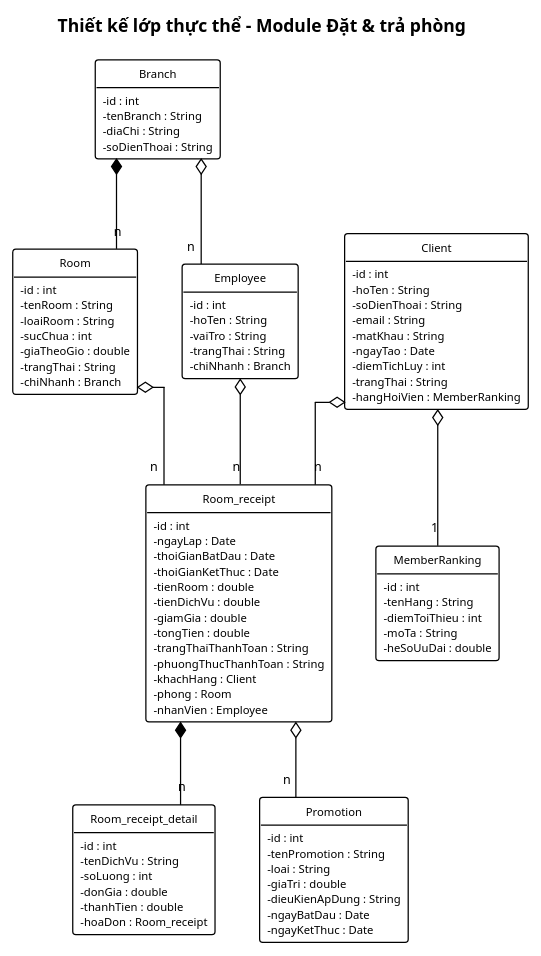
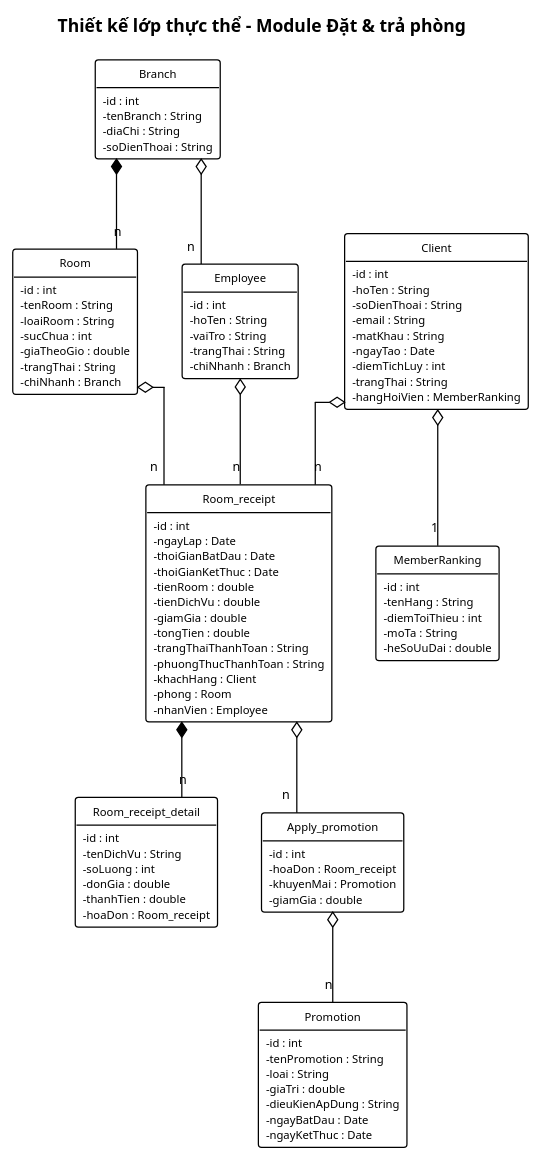
The diagram in docs/tabs/section-booking-iii.1.md (thanhtrnnn/cnpm), drawn with PlantUML before and after one commit. The commit also changed 3 other files, not shown here.

First line of the commit message:
fix: entity/MVC classes match Google Docs - Customer to Client, add Apply_promotion

````diff
--- a/docs/tabs/section-booking-iii.1.md
+++ b/docs/tabs/section-booking-iii.1.md
@@ -154,6 +154,13 @@
   -ngayKetThuc : Date
 }
 
+class Apply_promotion {
+  -id : int
+  -hoaDon : Room_receipt
+  -khuyenMai : Promotion
+  -giamGia : double
+}
+
 Branch *-- "n" Room
 Branch o-- "n" Employee
 Client o-- "1" MemberRanking
@@ -161,6 +168,7 @@
 Client o-- "n" Room_receipt
 Room o-- "n" Room_receipt
 Employee o-- "n" Room_receipt
-Room_receipt o-- "n" Promotion
+Room_receipt o-- "n" Apply_promotion
+Apply_promotion o-- "n" Promotion
 @enduml
 ```
````
